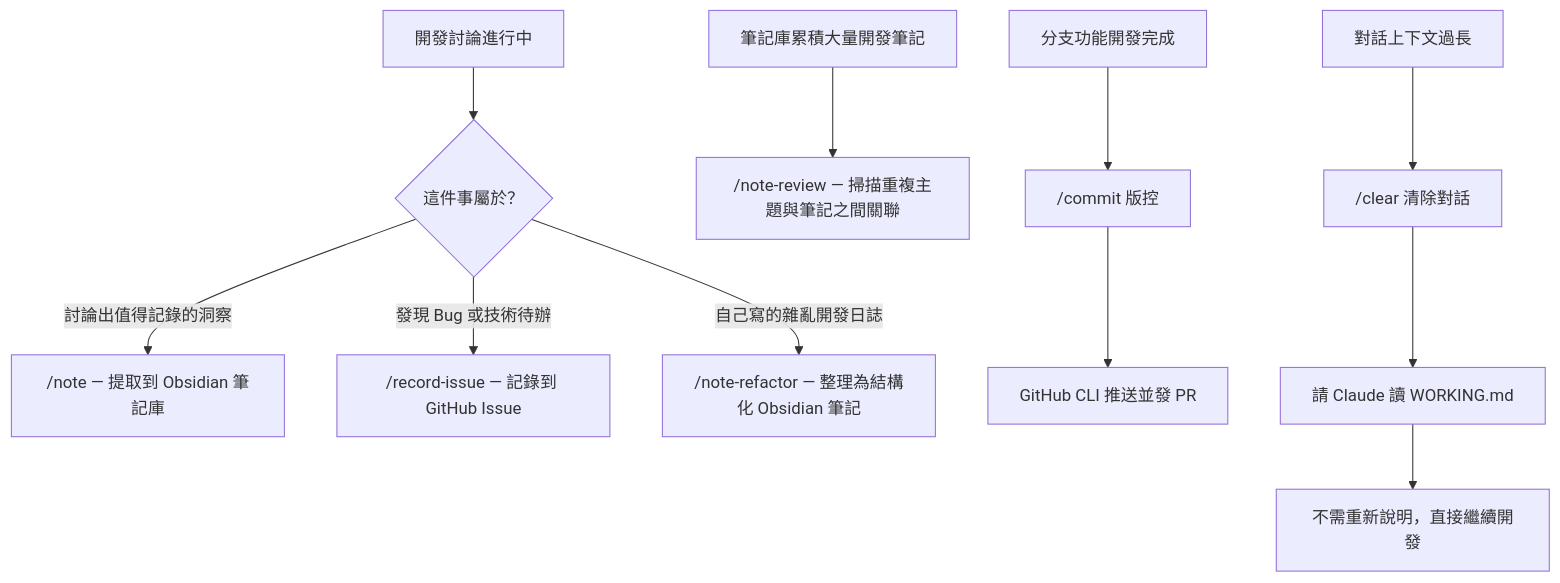
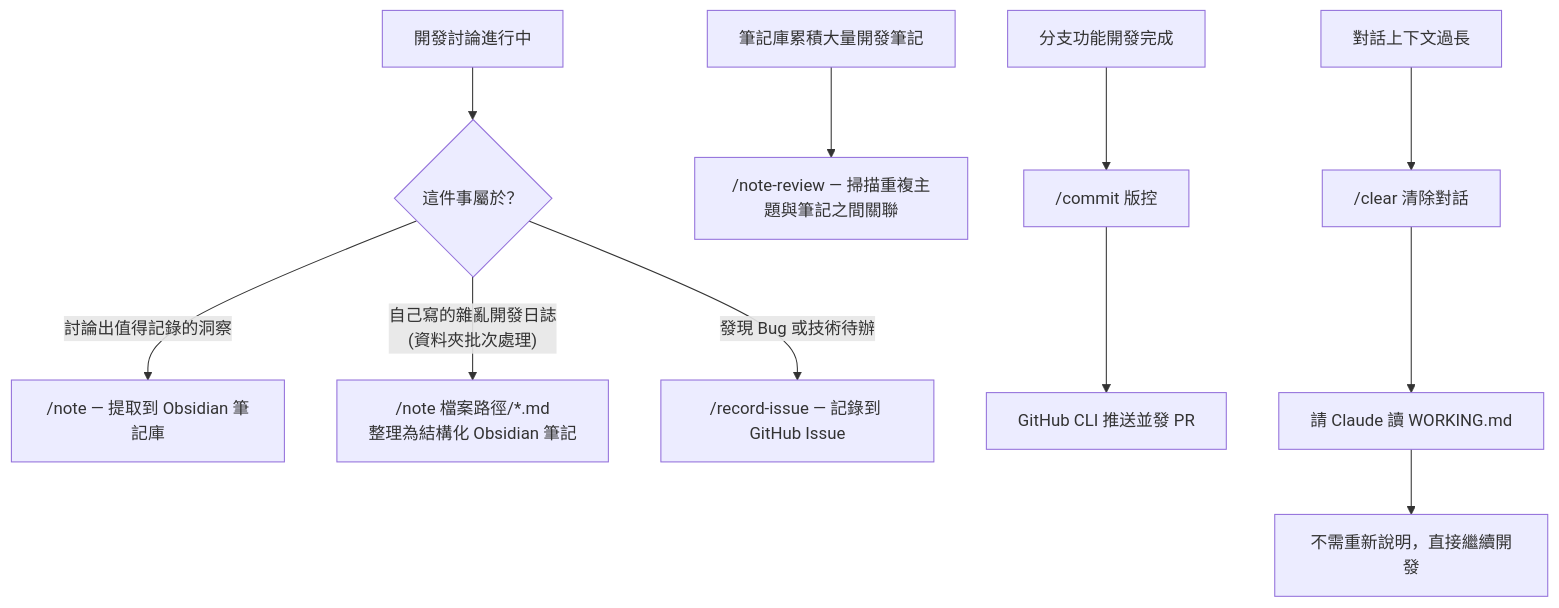
The diagram in content/posts/ai-collaboration-workflow.md (LeeFang14/fang.dev), drawn with Mermaid before and after one commit. The commit also changed other lines of this file, not shown here.

````diff
--- a/content/posts/ai-collaboration-workflow.md
+++ b/content/posts/ai-collaboration-workflow.md
@@ -79,17 +81,17 @@
 ```mermaid
 flowchart TD
     A["開發討論進行中"] --> B{"這件事屬於？"}
 
     B -- "討論出值得記錄的洞察" --> C["/note — 提取到 Obsidian 筆記庫"]
+    B -- "自己寫的雜亂開發日誌<br/>(資料夾批次處理)" --> E["/note 檔案路徑/*.md<br/>整理為結構化 Obsidian 筆記"]
     B -- "發現 Bug 或技術待辦" --> D["/record-issue — 記錄到 GitHub Issue"]
-    B -- "自己寫的雜亂開發日誌" --> E["/note-refactor — 整理為結構化 Obsidian 筆記"]
 
     F["筆記庫累積大量開發筆記"] --> G["/note-review — 掃描重複主題與筆記之間關聯"]
 
     H["分支功能開發完成"] --> I["/commit 版控"]
     I --> J["GitHub CLI 推送並發 PR"]
 
     K["對話上下文過長"] --> L["/clear 清除對話"]
     L --> M["請 Claude 讀 WORKING.md"]
     M --> N["不需重新說明，直接繼續開發"]
 ```
````
